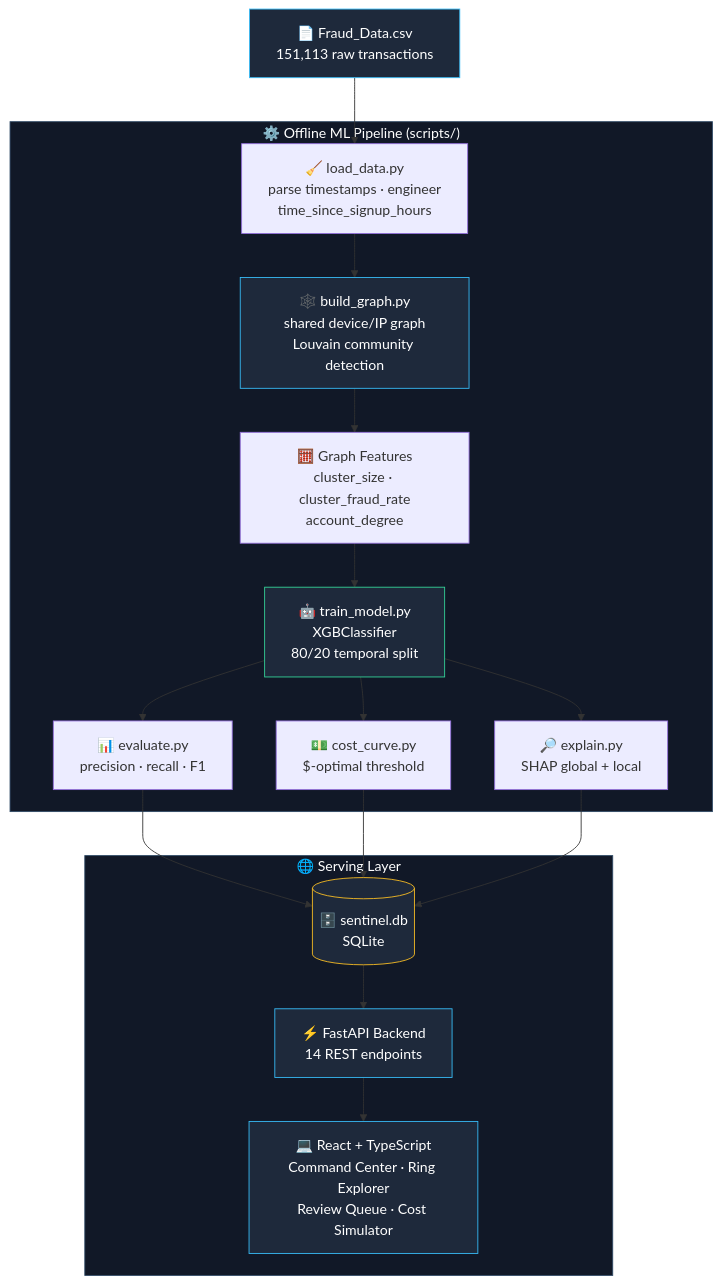
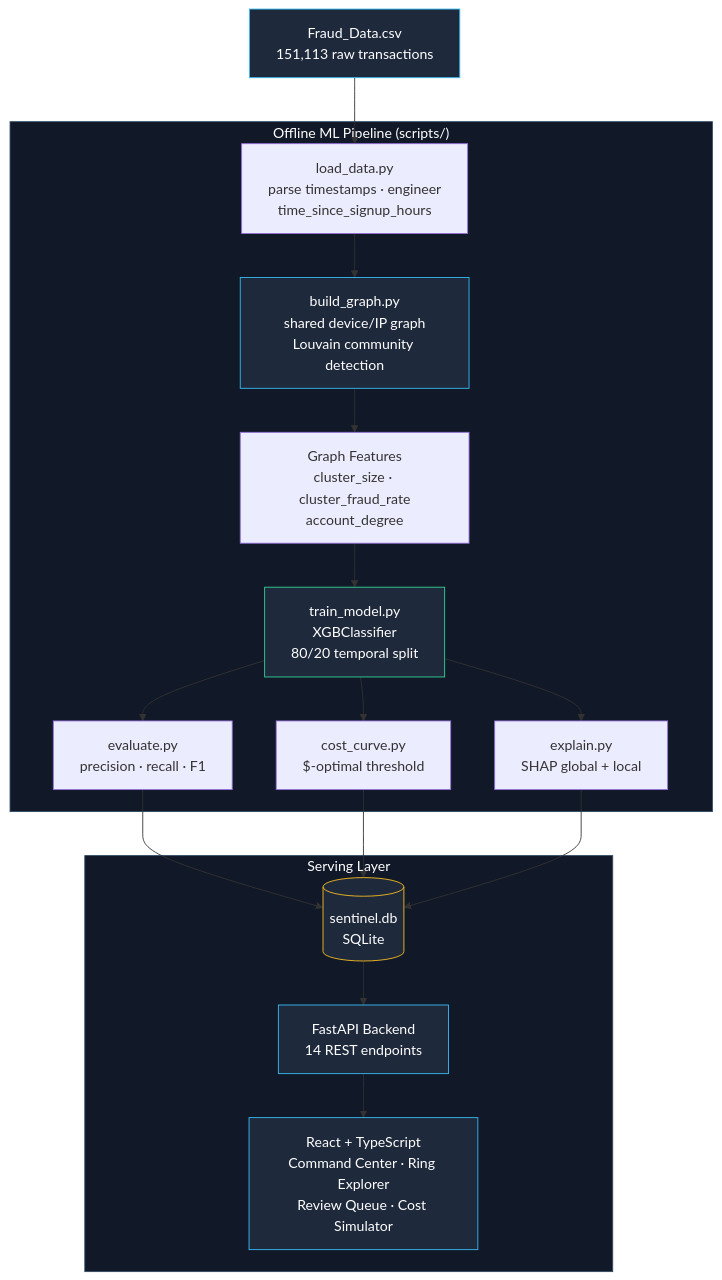
The second of 4 diagrams in README.md (Nandinisingh07/abuse-ring-sentinel), drawn with Mermaid before and after one commit. The commit also changed other lines of this file, not shown here.

````diff
--- a/README.md
+++ b/README.md
@@ -137,31 +181,31 @@
 ```mermaid
 flowchart TD
-    A["📄 Fraud_Data.csv<br/>151,113 raw transactions"] --> B["🧹 load_data.py<br/>parse timestamps · engineer<br/>time_since_signup_hours"]
+    A["Fraud_Data.csv<br/>151,113 raw transactions"] --> B["load_data.py<br/>parse timestamps · engineer<br/>time_since_signup_hours"]
 
-    subgraph Offline["⚙️ Offline ML Pipeline (scripts/)"]
-        B --> C["🕸️ build_graph.py<br/>shared device/IP graph<br/>Louvain community detection"]
-        C --> D["🧮 Graph Features<br/>cluster_size · cluster_fraud_rate<br/>account_degree"]
-        D --> E["🤖 train_model.py<br/>XGBClassifier<br/>80/20 temporal split"]
-        E --> F["📊 evaluate.py<br/>precision · recall · F1"]
-        E --> G["💵 cost_curve.py<br/>$-optimal threshold"]
-        E --> H["🔎 explain.py<br/>SHAP global + local"]
+    subgraph Offline["Offline ML Pipeline (scripts/)"]
+        B --> C["build_graph.py<br/>shared device/IP graph<br/>Louvain community detection"]
+        C --> D["Graph Features<br/>cluster_size · cluster_fraud_rate<br/>account_degree"]
+        D --> E["train_model.py<br/>XGBClassifier<br/>80/20 temporal split"]
+        E --> F["evaluate.py<br/>precision · recall · F1"]
+        E --> G["cost_curve.py<br/>$-optimal threshold"]
+        E --> H["explain.py<br/>SHAP global + local"]
     end
 
-    F --> I[("🗄️ sentinel.db<br/>SQLite")]
+    F --> I[("sentinel.db<br/>SQLite")]
     G --> I
     H --> I
 
-    subgraph Serving["🌐 Serving Layer"]
-        I --> J["⚡ FastAPI Backend<br/>14 REST endpoints"]
-        J --> K["💻 React + TypeScript<br/>Command Center · Ring Explorer<br/>Review Queue · Cost Simulator"]
+    subgraph Serving["Serving Layer"]
+        I --> J["FastAPI Backend<br/>14 REST endpoints"]
+        J --> K["React + TypeScript<br/>Command Center · Ring Explorer<br/>Review Queue · Cost Simulator"]
     end
 
     style A fill:#1e293b,stroke:#38bdf8,color:#fff
     style Offline fill:#111827,stroke:#304a66,color:#fff
     style Serving fill:#111827,stroke:#304a66,color:#fff
     style C fill:#1e293b,stroke:#38bdf8,color:#fff
     style E fill:#1e293b,stroke:#34d399,color:#fff
     style I fill:#1e293b,stroke:#fbbf24,color:#fff
     style J fill:#1e293b,stroke:#38bdf8,color:#fff
     style K fill:#1e293b,stroke:#38bdf8,color:#fff
 ```
````
